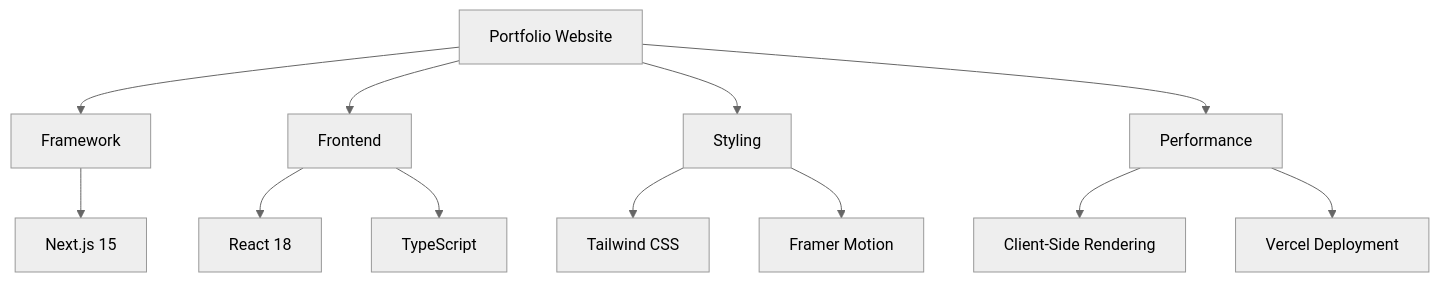
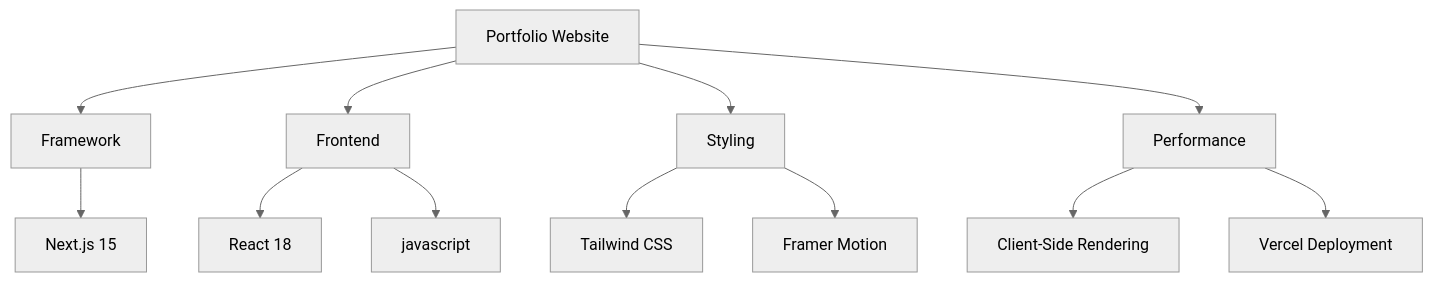
The diagram in README.md (Shubhamkanskar/myprotfolio), drawn with Mermaid (neutral theme) before and after one commit. The commit also changed other lines of this file, not shown here.

````diff
--- a/README.md
+++ b/README.md
@@ -32,15 +31,15 @@
 ```mermaid
 graph TD
     A[Portfolio Website] --> B[Framework]
     A --> C[Frontend]
     A --> D[Styling]
     A --> E[Performance]
     
     B --> B1[Next.js 15]
     C --> C1[React 18]
-    C --> C2[TypeScript]
+    C --> C2[javascript]
     D --> D1[Tailwind CSS]
     D --> D2[Framer Motion]
     E --> E1[Client-Side Rendering]
     E --> E2[Vercel Deployment]
 ```
````
